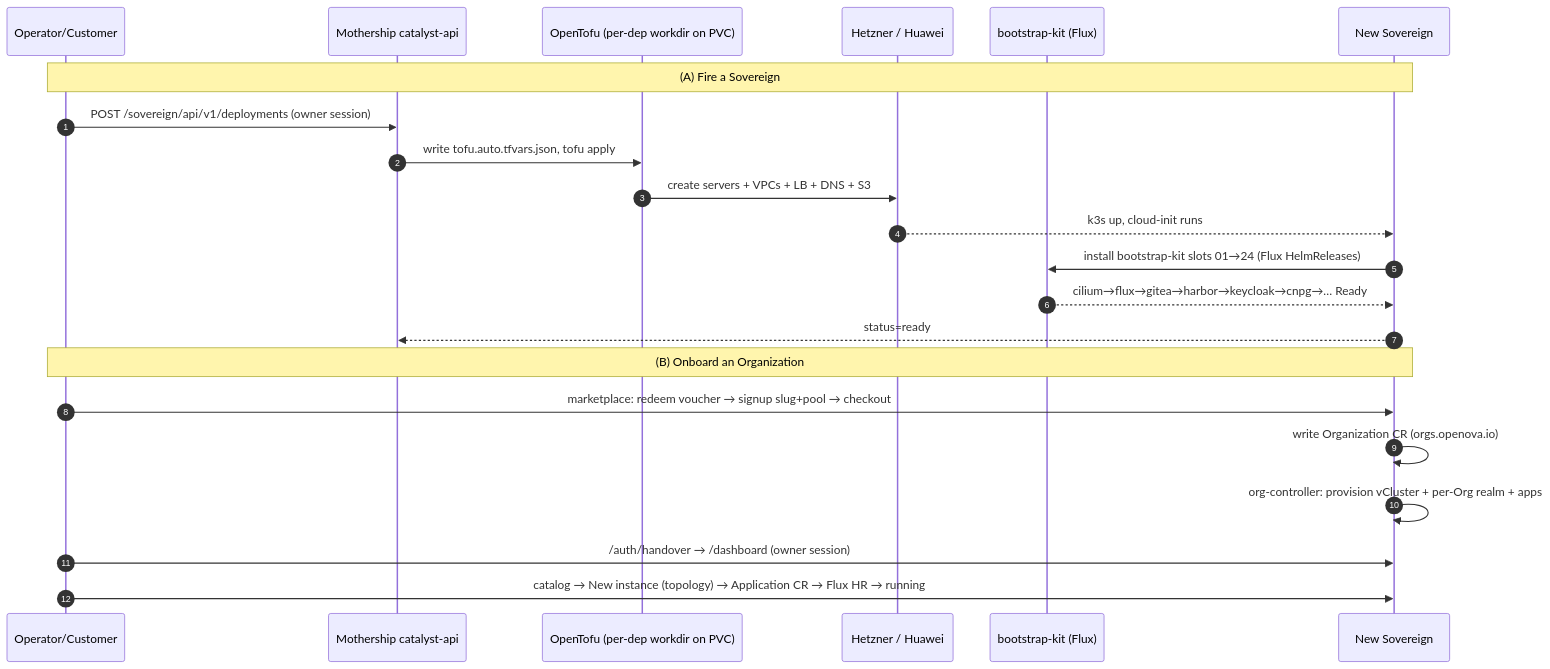
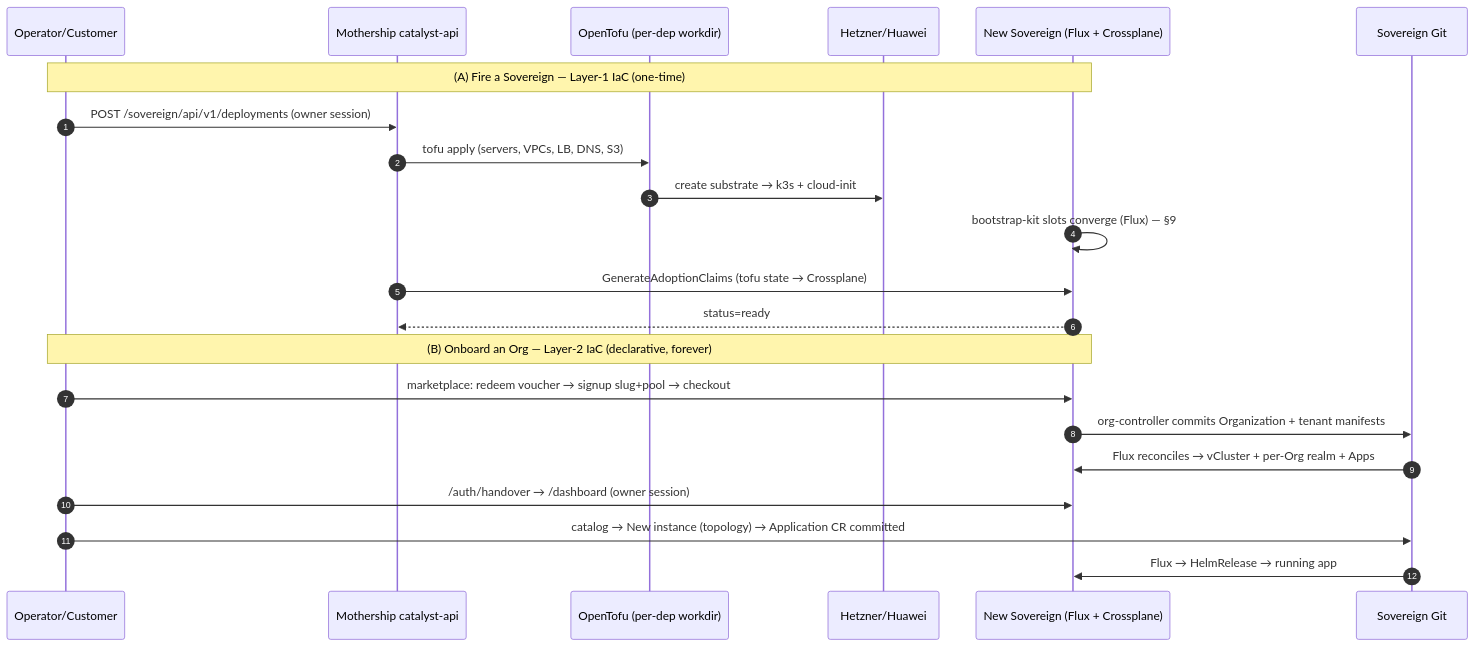
One commit to openova-io/openova changed the ninth of 16 diagrams in docs/SYSTEM-DESIGN.md. Above: the diagram before and after it, drawn with Mermaid. The commit also changed other lines of this file, not shown here.

First line of the commit message:
docs(system-design): major rewrite — GitOps engine, streaming/CQRS, independence, bootstrap DAG

````diff
--- a/docs/SYSTEM-DESIGN.md
+++ b/docs/SYSTEM-DESIGN.md
@@ -192,26 +295,26 @@
 ```mermaid
 sequenceDiagram
   autonumber
   participant Op as Operator/Customer
   participant MS as Mothership catalyst-api
-  participant TF as OpenTofu (per-dep workdir on PVC)
-  participant Cloud as Hetzner / Huawei
-  participant BK as bootstrap-kit (Flux)
-  participant Sov as New Sovereign
+  participant TF as OpenTofu (per-dep workdir)
+  participant Cloud as Hetzner/Huawei
+  participant Sov as New Sovereign (Flux + Crossplane)
+  participant Git as Sovereign Git
 
-  Note over Op,Sov: (A) Fire a Sovereign
+  Note over Op,Sov: (A) Fire a Sovereign — Layer-1 IaC (one-time)
   Op->>MS: POST /sovereign/api/v1/deployments (owner session)
-  MS->>TF: write tofu.auto.tfvars.json, tofu apply
-  TF->>Cloud: create servers + VPCs + LB + DNS + S3
-  Cloud-->>Sov: k3s up, cloud-init runs
-  Sov->>BK: install bootstrap-kit slots 01→24 (Flux HelmReleases)
-  BK-->>Sov: cilium→flux→gitea→harbor→keycloak→cnpg→… Ready
+  MS->>TF: tofu apply (servers, VPCs, LB, DNS, S3)
+  TF->>Cloud: create substrate → k3s + cloud-init
+  Sov->>Sov: bootstrap-kit slots converge (Flux) — §9
+  MS->>Sov: GenerateAdoptionClaims (tofu state → Crossplane)
   Sov-->>MS: status=ready
 
-  Note over Op,Sov: (B) Onboard an Organization
+  Note over Op,Sov: (B) Onboard an Org — Layer-2 IaC (declarative, forever)
   Op->>Sov: marketplace: redeem voucher → signup slug+pool → checkout
-  Sov->>Sov: write Organization CR (orgs.openova.io)
-  Sov->>Sov: org-controller: provision vCluster + per-Org realm + apps
+  Sov->>Git: org-controller commits Organization + tenant manifests
+  Git->>Sov: Flux reconciles → vCluster + per-Org realm + Apps
   Op->>Sov: /auth/handover → /dashboard (owner session)
-  Op->>Sov: catalog → New instance (topology) → Application CR → Flux HR → running
+  Op->>Git: catalog → New instance (topology) → Application CR committed
+  Git->>Sov: Flux → HelmRelease → running app
 ```
````
